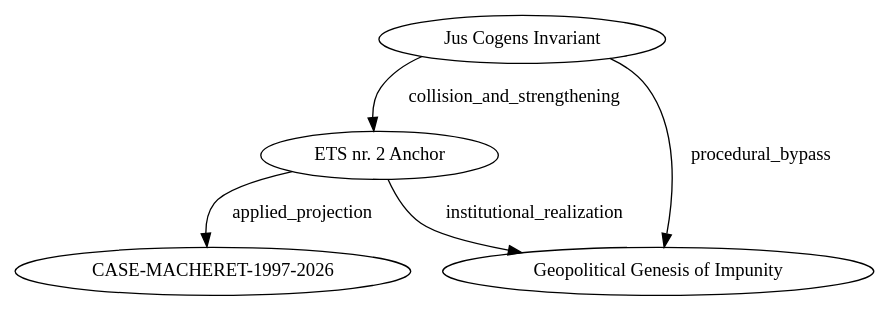
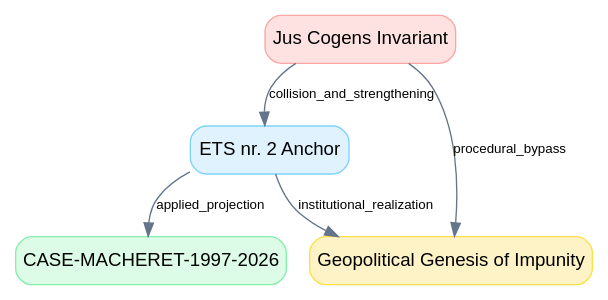
One commit to arhiv1973b/apostille-mirror changed the diagram in 🏛️_EVIDENCE/LEGAL_DOCTRINE/ECHR_IMPUNITY_README.md. Above: the diagram before and after it, drawn with Graphviz. The commit also changed other lines of this file and 25 other files, not shown here.

Commit message:
feat(forensics): seal 964 media hashes and anchor evidence for Case 1-568/98

````diff
--- a/🏛️_EVIDENCE/LEGAL_DOCTRINE/ECHR_IMPUNITY_README.md
+++ b/🏛️_EVIDENCE/LEGAL_DOCTRINE/ECHR_IMPUNITY_README.md
@@ -41,13 +48,17 @@
 ```dot
 digraph ECHR_IMPUNITY_DAG {
-    Jus_Cogens_Invariant [label="Jus Cogens Invariant"];
-    ETS_nr_2_Anchor [label="ETS nr. 2 Anchor"];
-    Geopolitical_Genesis_of_Impunity [label="Geopolitical Genesis of Impunity"];
-    Case_Macheret_Projection [label="CASE-MACHERET-1997-2026"];
+    rankdir=TB;
+    node [shape=box, style="filled,rounded", fontname="Arial", fillcolor="#f0f4f8", color="#cbd5e1"];
+    edge [fontname="Arial", fontsize=10, color="#64748b"];
+
+    Jus_Cogens_Invariant [label="Jus Cogens Invariant", fillcolor="#fee2e2", color="#fca5a5"];
+    ETS_nr_2_Anchor [label="ETS nr. 2 Anchor", fillcolor="#e0f2fe", color="#7dd3fc"];
+    Geopolitical_Genesis_of_Impunity [label="Geopolitical Genesis of Impunity", fillcolor="#fef3c7", color="#fde047"];
+    Case_Macheret_Projection [label="CASE-MACHERET-1997-2026", fillcolor="#dcfce7", color="#86efac"];
 
     Jus_Cogens_Invariant -> ETS_nr_2_Anchor [label="collision_and_strengthening"];
     Jus_Cogens_Invariant -> Geopolitical_Genesis_of_Impunity [label="procedural_bypass"];
     ETS_nr_2_Anchor -> Geopolitical_Genesis_of_Impunity [label="institutional_realization"];
     ETS_nr_2_Anchor -> Case_Macheret_Projection [label="applied_projection"];
 }
 ```
````
